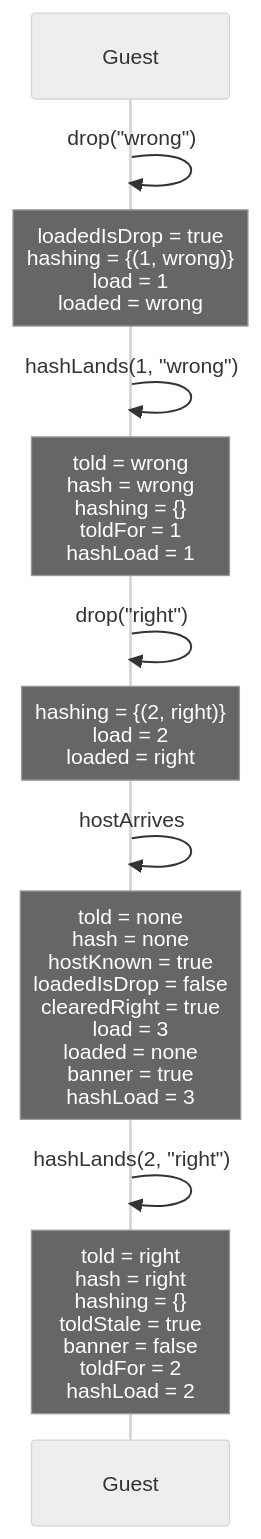
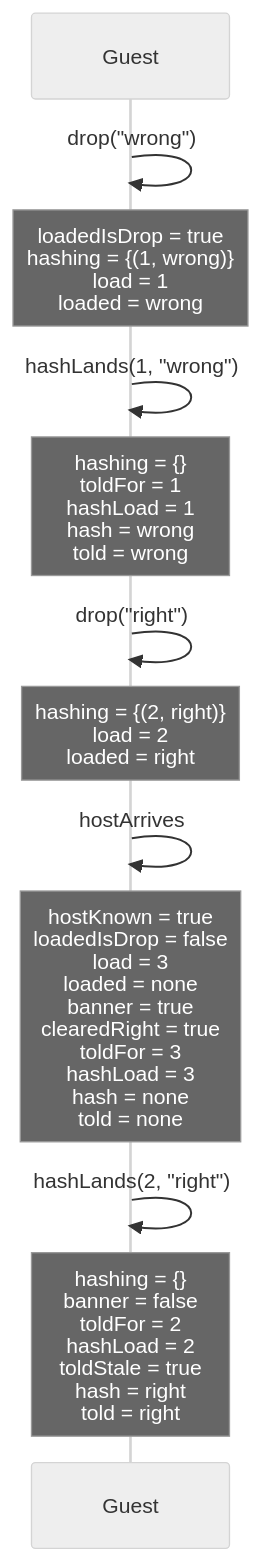
Diagram 15 of 18 in docs/spec-traces.md (kwilson21/kaillera-next), drawn with Mermaid (neutral theme) before and after one commit. The commit also changed other lines of this file and 3 other files, not shown here.

First line of the commit message:
spec: rom_identity models a start, the host's Start, a failed hash and a rejoin

````diff
--- a/docs/spec-traces.md
+++ b/docs/spec-traces.md
@@ -495,14 +495,14 @@
 ```mermaid
 sequenceDiagram
   participant Guest
   Guest->>Guest: drop("wrong")
   Note over Guest: loadedIsDrop = true<br/>hashing = {(1, wrong)}<br/>load = 1<br/>loaded = wrong
   Guest->>Guest: hashLands(1, "wrong")
-  Note over Guest: told = wrong<br/>hash = wrong<br/>hashing = {}<br/>toldFor = 1<br/>hashLoad = 1
+  Note over Guest: hashing = {}<br/>toldFor = 1<br/>hashLoad = 1<br/>hash = wrong<br/>told = wrong
   Guest->>Guest: drop("right")
   Note over Guest: hashing = {(2, right)}<br/>load = 2<br/>loaded = right
   Guest->>Guest: hostArrives
-  Note over Guest: told = none<br/>hash = none<br/>hostKnown = true<br/>loadedIsDrop = false<br/>clearedRight = true<br/>load = 3<br/>loaded = none<br/>banner = true<br/>hashLoad = 3
+  Note over Guest: hostKnown = true<br/>loadedIsDrop = false<br/>load = 3<br/>loaded = none<br/>banner = true<br/>clearedRight = true<br/>toldFor = 3<br/>hashLoad = 3<br/>hash = none<br/>told = none
   Guest->>Guest: hashLands(2, "right")
-  Note over Guest: told = right<br/>hash = right<br/>hashing = {}<br/>toldStale = true<br/>banner = false<br/>toldFor = 2<br/>hashLoad = 2
+  Note over Guest: hashing = {}<br/>banner = false<br/>toldFor = 2<br/>hashLoad = 2<br/>toldStale = true<br/>hash = right<br/>told = right
 ```
````
